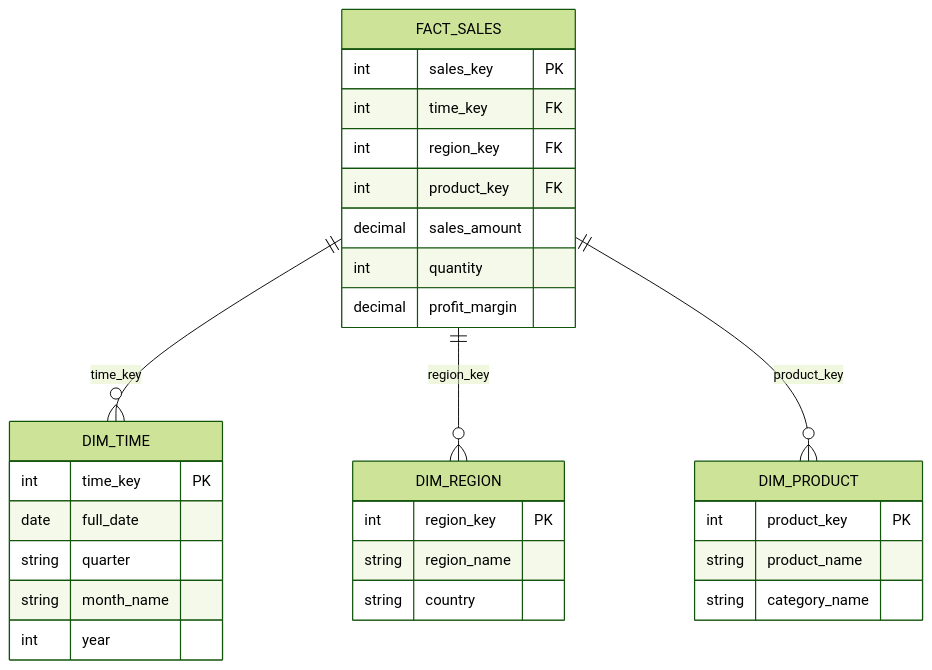
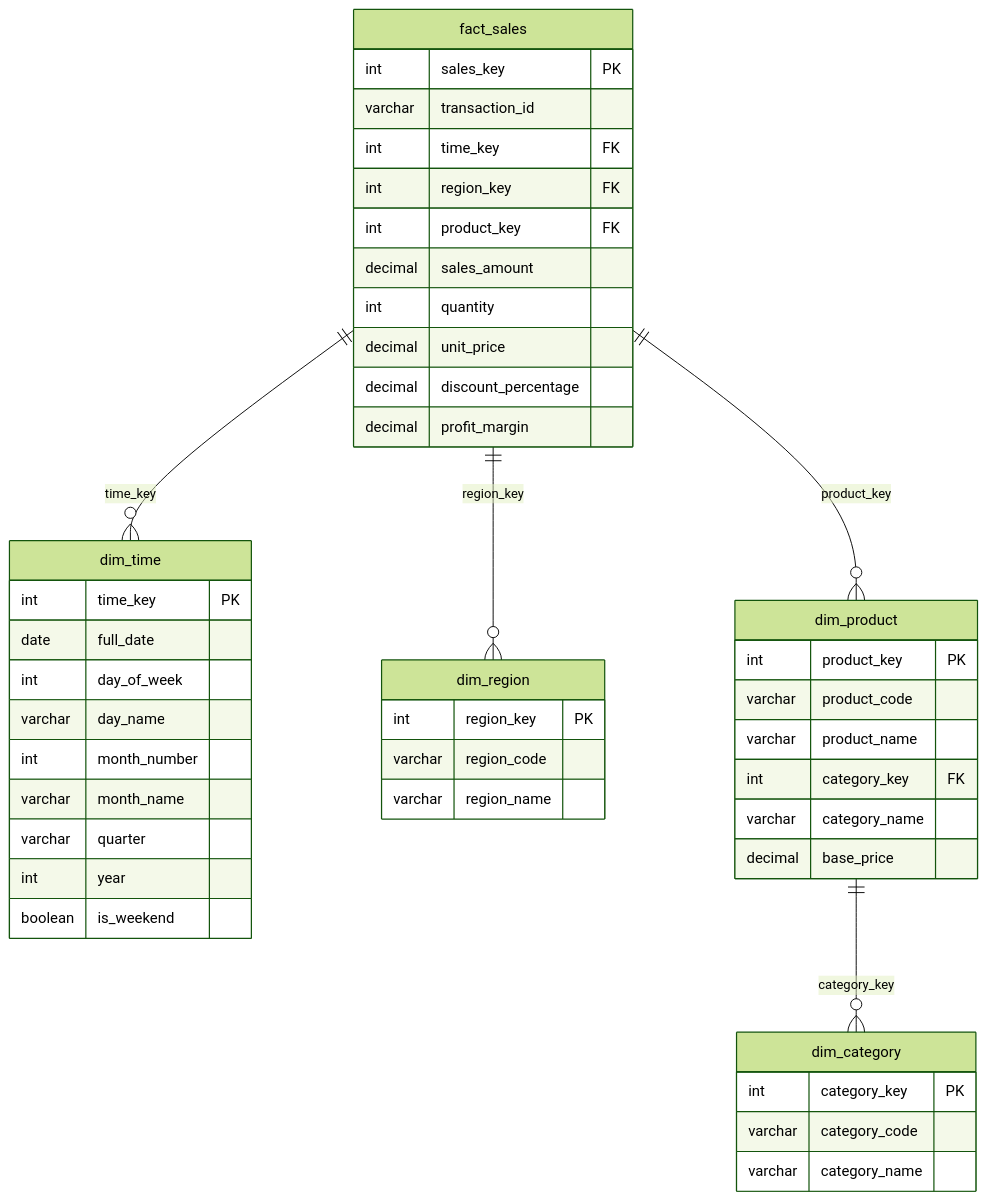
One commit to florjanmani/OLAP-Assistant changed the second of 2 diagrams in docs/ARCHITECTURE.md. Above: the diagram before and after it, drawn with Mermaid (forest theme). The commit also changed other lines of this file and 1 other file, not shown here.

````diff
--- a/docs/ARCHITECTURE.md
+++ b/docs/ARCHITECTURE.md
@@ -137,36 +93,53 @@
 ```mermaid
 erDiagram
-    FACT_SALES ||--o{ DIM_TIME : "time_key"
-    FACT_SALES ||--o{ DIM_REGION : "region_key"
-    FACT_SALES ||--o{ DIM_PRODUCT : "product_key"
-    
-    FACT_SALES {
+    fact_sales ||--o{ dim_time : "time_key"
+    fact_sales ||--o{ dim_region : "region_key"
+    fact_sales ||--o{ dim_product : "product_key"
+    dim_product ||--o{ dim_category : "category_key"
+
+    fact_sales {
         int sales_key PK
+        varchar transaction_id
         int time_key FK
         int region_key FK
         int product_key FK
         decimal sales_amount
         int quantity
+        decimal unit_price
+        decimal discount_percentage
         decimal profit_margin
     }
-    
-    DIM_TIME {
+
+    dim_time {
         int time_key PK
         date full_date
-        string quarter
-        string month_name
+        int day_of_week
+        varchar day_name
+        int month_number
+        varchar month_name
+        varchar quarter
         int year
+        boolean is_weekend
     }
-    
-    DIM_REGION {
+
+    dim_region {
         int region_key PK
-        string region_name
-        string country
+        varchar region_code
+        varchar region_name
     }
-    
-    DIM_PRODUCT {
+
+    dim_product {
         int product_key PK
-        string product_name
-        string category_name
+        varchar product_code
+        varchar product_name
+        int category_key FK
+        varchar category_name
+        decimal base_price
+    }
+
+    dim_category {
+        int category_key PK
+        varchar category_code
+        varchar category_name
     }
 ```
````
